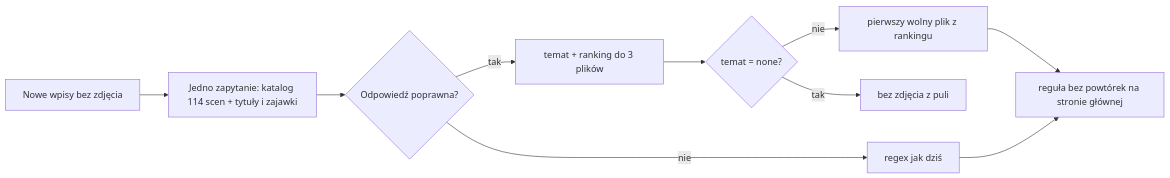
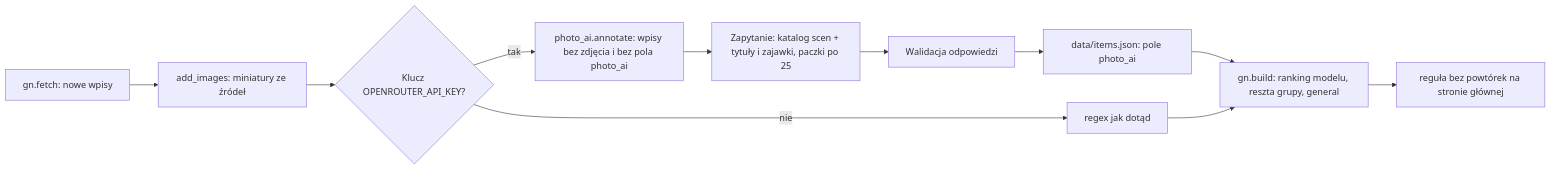
Before and after one commit to maciejkfrankowski/grodzisk-news: the diagram in docs/04-dobor-zdjec-ai.md, drawn with Mermaid. The commit also changed other lines of this file and 11 other files, not shown here.

````diff
--- a/docs/04-dobor-zdjec-ai.md
+++ b/docs/04-dobor-zdjec-ai.md
@@ -20,12 +24,13 @@
 ```mermaid
 flowchart LR
-    A[Nowe wpisy bez zdjęcia] --> B[Jedno zapytanie: katalog 114 scen + tytuły i zajawki]
-    B --> C{Odpowiedź poprawna?}
-    C -- tak --> D[temat + ranking do 3 plików]
-    C -- nie --> E[regex jak dziś]
-    D --> F{temat = none?}
-    F -- tak --> G[bez zdjęcia z puli]
-    F -- nie --> H[pierwszy wolny plik z rankingu]
+    A[gn.fetch: nowe wpisy] --> B[add_images: miniatury ze źródeł]
+    B --> C{Klucz OPENROUTER_API_KEY?}
+    C -- nie --> R[regex jak dotąd]
+    C -- tak --> D[photo_ai.annotate: wpisy bez zdjęcia i bez pola photo_ai]
+    D --> E[Zapytanie: katalog scen + tytuły i zajawki, paczki po 25]
+    E --> F[Walidacja odpowiedzi]
+    F --> G[data/items.json: pole photo_ai]
+    G --> H[gn.build: ranking modelu, reszta grupy, general]
+    R --> H
     H --> I[reguła bez powtórek na stronie głównej]
-    E --> I
 ```
````
